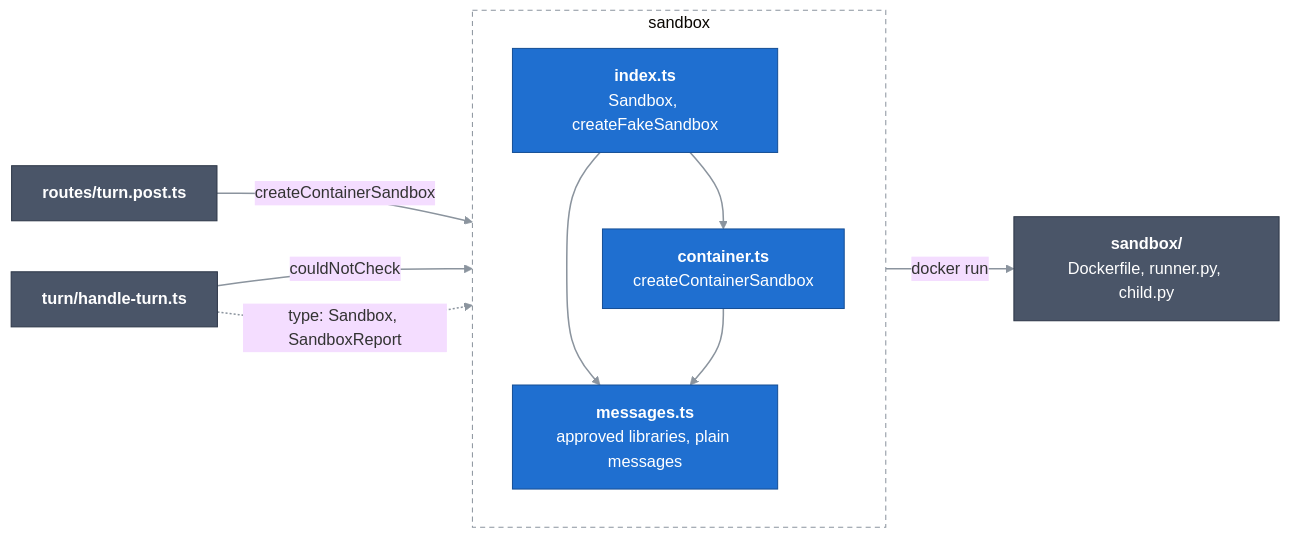
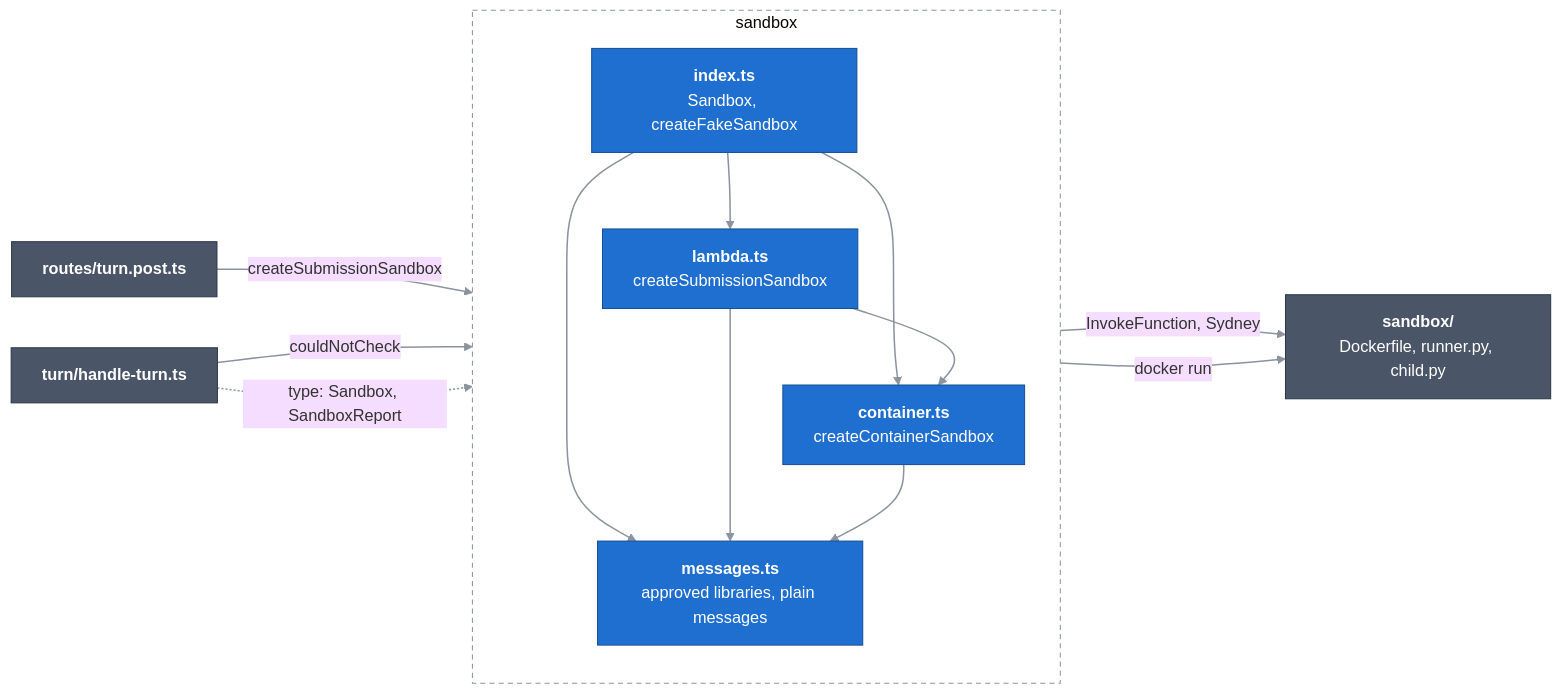
The diagram in docs/c4/03-components/server/14-sandbox.md (Bill2926/COS40005_HN9_Verifiable_Co-Learner_Agent), drawn with Mermaid (base theme) before and after one commit. The commit also changed other lines of this file and 38 other files, not shown here.

First line of the commit message:
Check deployed submissions with the sandbox Lambda in Sydney.

````diff
--- a/docs/c4/03-components/server/14-sandbox.md
+++ b/docs/c4/03-components/server/14-sandbox.md
@@ -12,27 +13,32 @@
 ```mermaid
 flowchart LR
   classDef comp fill:#1f6fd0,stroke:#164f96,color:#ffffff
   classDef near fill:#4a5568,stroke:#2d3748,color:#ffffff
   linkStyle default stroke:#8b949e,stroke-width:1.5px
 
   turnRoute["<b>routes/turn.post.ts</b>"]:::near
   turn["<b>turn/handle-turn.ts</b>"]:::near
   image["<b>sandbox/</b><br/>Dockerfile, runner.py, child.py"]:::near
 
   subgraph box["sandbox"]
     direction TB
     iface["<b>index.ts</b><br/>Sandbox, createFakeSandbox"]:::comp
     messages["<b>messages.ts</b><br/>approved libraries, plain messages"]:::comp
+    lambda["<b>lambda.ts</b><br/>createSubmissionSandbox"]:::comp
     container["<b>container.ts</b><br/>createContainerSandbox"]:::comp
   end
 
-  turnRoute -->|"createContainerSandbox"| iface
+  turnRoute -->|"createSubmissionSandbox"| iface
   turn -->|"couldNotCheck"| iface
   turn -.->|"type: Sandbox, SandboxReport"| iface
   iface --> messages
+  iface --> lambda
   iface --> container
+  lambda --> container
+  lambda --> messages
   container --> messages
+  lambda ==>|"InvokeFunction, Sydney"| image
   container ==>|"docker run"| image
 
   style box fill:none,stroke:#8b949e,stroke-dasharray:5 4
 ```
````
